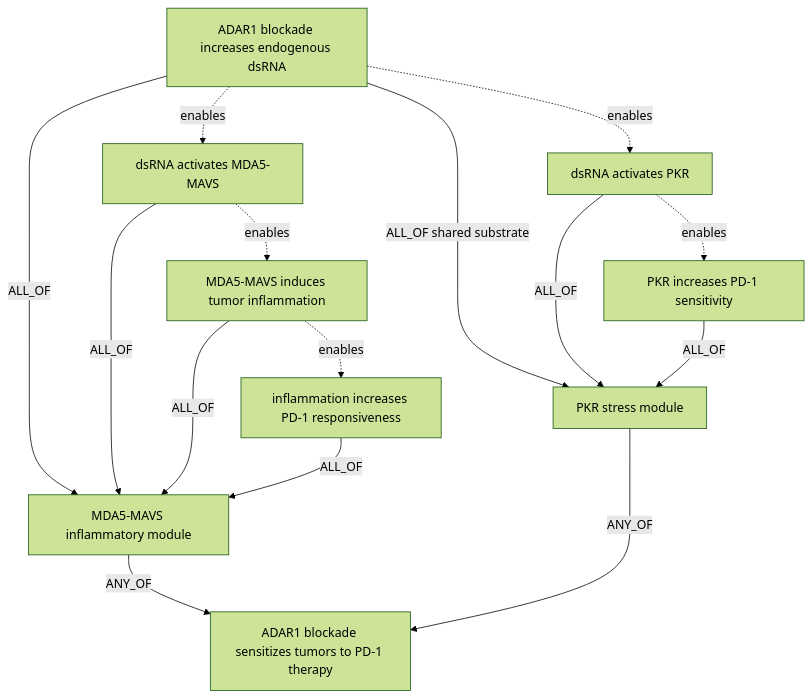
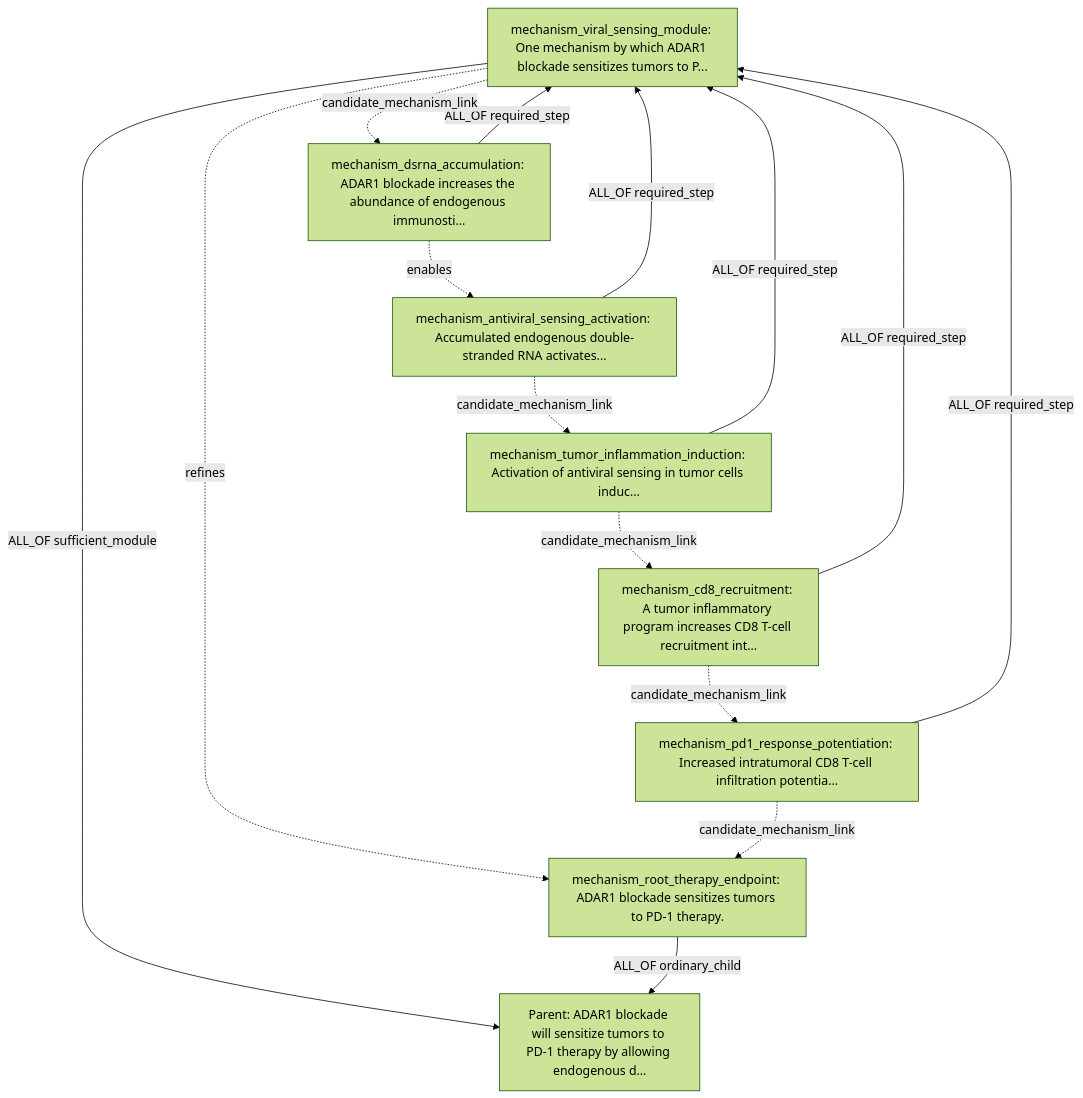
Before and after one commit to eliannaqk/bioKG: the first of 12 diagrams in LLM_STEP0_CANDIDATE_CLAIM_DAG_EXAMPLES_20260602.md, drawn with Mermaid (forest theme). The commit also changed other lines of this file, not shown here.

Commit message:
Update live Step0 claim DAG examples

````diff
--- a/LLM_STEP0_CANDIDATE_CLAIM_DAG_EXAMPLES_20260602.md
+++ b/LLM_STEP0_CANDIDATE_CLAIM_DAG_EXAMPLES_20260602.md
@@ -68,28 +108,27 @@
 ```mermaid
 flowchart TD
-  P["ADAR1 blockade sensitizes tumors to PD-1 therapy"]
-  M1["MDA5-MAVS inflammatory module"]
-  M2["PKR stress module"]
-  A1["ADAR1 blockade increases endogenous dsRNA"]
-  A2["dsRNA activates MDA5-MAVS"]
-  A3["MDA5-MAVS induces tumor inflammation"]
-  A4["inflammation increases PD-1 responsiveness"]
-  B1["dsRNA activates PKR"]
-  B2["PKR increases PD-1 sensitivity"]
+  P["Parent: ADAR1 blockade will sensitize tumors to PD-1 therapy by allowing endogenous d..."]
+  N1["mechanism_viral_sensing_module: One mechanism by which ADAR1 blockade sensitizes tumors to P..."]
+  N2["mechanism_dsrna_accumulation: ADAR1 blockade increases the abundance of endogenous immunosti..."]
+  N3["mechanism_antiviral_sensing_activation: Accumulated endogenous double-stranded RNA activates..."]
+  N4["mechanism_tumor_inflammation_induction: Activation of antiviral sensing in tumor cells induc..."]
+  N5["mechanism_cd8_recruitment: A tumor inflammatory program increases CD8 T-cell recruitment int..."]
+  N6["mechanism_pd1_response_potentiation: Increased intratumoral CD8 T-cell infiltration potentia..."]
+  N7["mechanism_root_therapy_endpoint: ADAR1 blockade sensitizes tumors to PD-1 therapy."]
 
-  M1 -- "ANY_OF" --> P
-  M2 -- "ANY_OF" --> P
-  A1 -- "ALL_OF" --> M1
-  A2 -- "ALL_OF" --> M1
-  A3 -- "ALL_OF" --> M1
-  A4 -- "ALL_OF" --> M1
-  A1 -- "ALL_OF shared substrate" --> M2
-  B1 -- "ALL_OF" --> M2
-  B2 -- "ALL_OF" --> M2
+  N1 -- "ALL_OF sufficient_module" --> P
+  N2 -- "ALL_OF required_step" --> N1
+  N3 -- "ALL_OF required_step" --> N1
+  N4 -- "ALL_OF required_step" --> N1
+  N5 -- "ALL_OF required_step" --> N1
+  N6 -- "ALL_OF required_step" --> N1
+  N7 -- "ALL_OF ordinary_child" --> P
 
-  A1 -. "enables" .-> A2
-  A2 -. "enables" .-> A3
-  A3 -. "enables" .-> A4
-  A1 -. "enables" .-> B1
-  B1 -. "enables" .-> B2
+  N2 -. "enables" .-> N3
+  N3 -. "candidate_mechanism_link" .-> N4
+  N4 -. "candidate_mechanism_link" .-> N5
+  N5 -. "candidate_mechanism_link" .-> N6
+  N1 -. "refines" .-> N7
+  N1 -. "candidate_mechanism_link" .-> N2
+  N6 -. "candidate_mechanism_link" .-> N7
 ```
````
